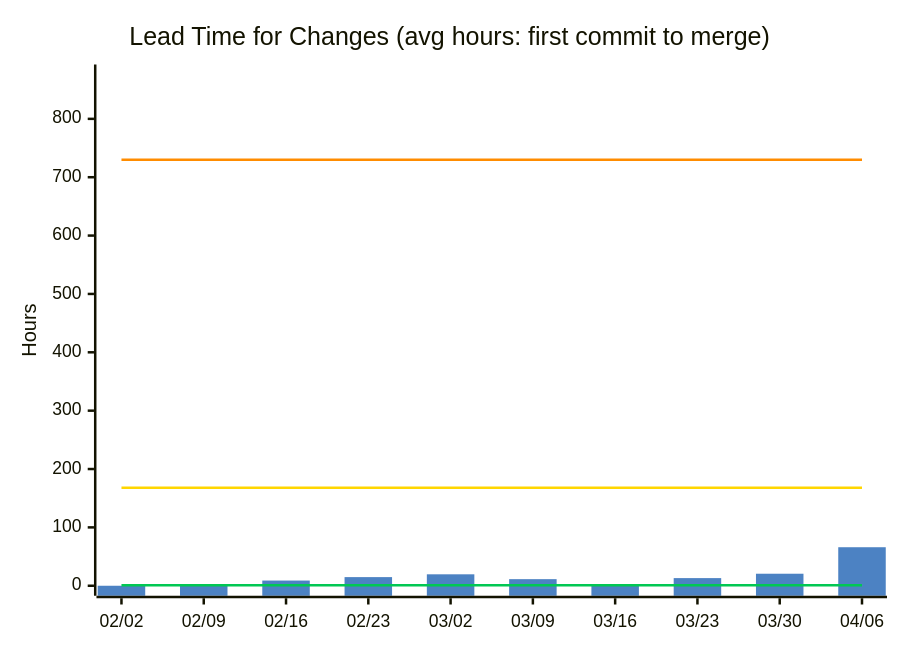
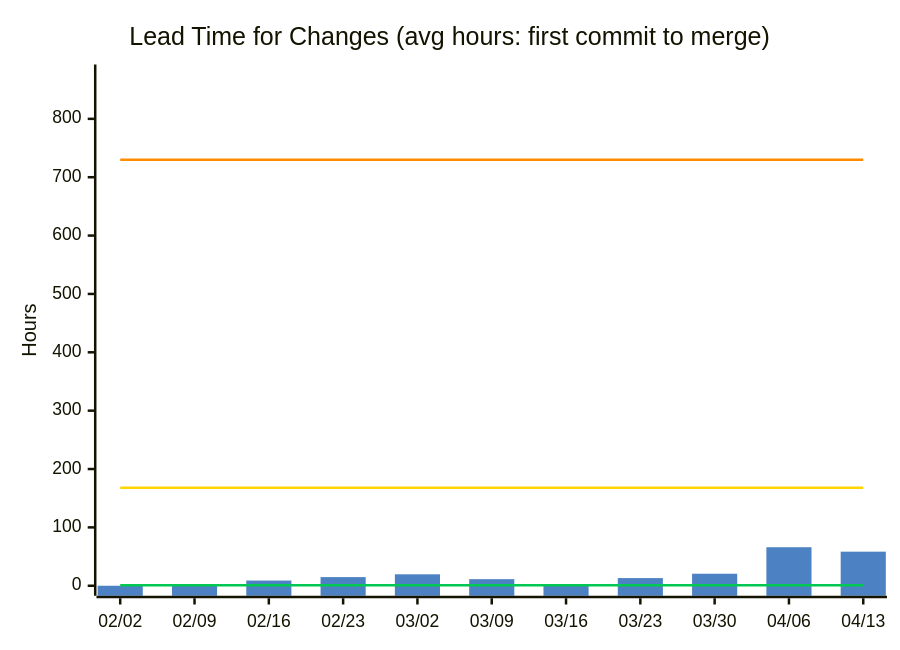
The second of 14 diagrams in docs/metrics.md (nablarch/nabledge-dev), drawn with Mermaid before and after one commit. The commit also changed other lines of this file and 2 other files, not shown here.

````diff
--- a/docs/metrics.md
+++ b/docs/metrics.md
@@ -49,11 +49,11 @@
 ```mermaid
 %%{init: {'theme': 'base', 'themeVariables': {'xyChart': {'plotColorPalette': '#4C82C3,#00C853,#FFD600,#FF8C00'}}}}%%
 xychart-beta
   title "Lead Time for Changes (avg hours: first commit to merge)"
-  x-axis ["02/02", "02/09", "02/16", "02/23", "03/02", "03/09", "03/16", "03/23", "03/30", "04/06"]
+  x-axis ["02/02", "02/09", "02/16", "02/23", "03/02", "03/09", "03/16", "03/23", "03/30", "04/06", "04/13"]
   y-axis "Hours" 0 --> 876
-  bar [0, 2.7, 8.9, 14.8, 19.6, 11.3, 0, 13.1, 20.6, 66]
-  line [1, 1, 1, 1, 1, 1, 1, 1, 1, 1]
-  line [168, 168, 168, 168, 168, 168, 168, 168, 168, 168]
-  line [730, 730, 730, 730, 730, 730, 730, 730, 730, 730]
+  bar [0, 2.7, 8.9, 14.8, 19.6, 11.3, 0, 13.1, 20.6, 66, 58.4]
+  line [1, 1, 1, 1, 1, 1, 1, 1, 1, 1, 1]
+  line [168, 168, 168, 168, 168, 168, 168, 168, 168, 168, 168]
+  line [730, 730, 730, 730, 730, 730, 730, 730, 730, 730, 730]
 ```
````
